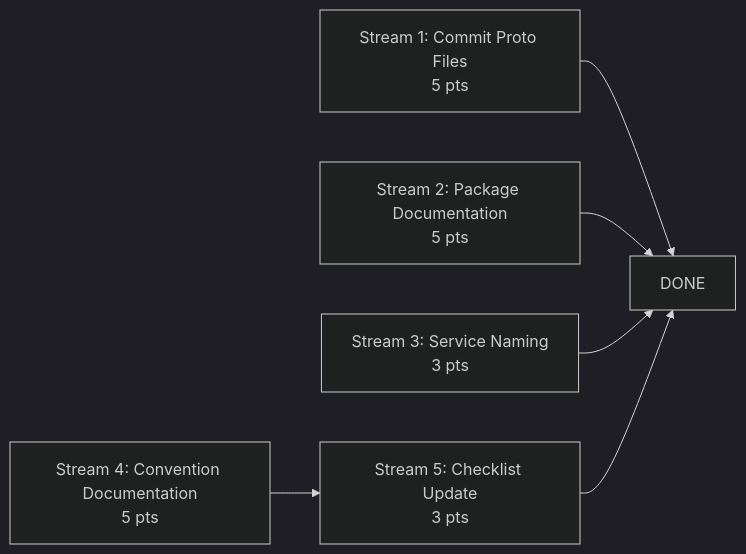
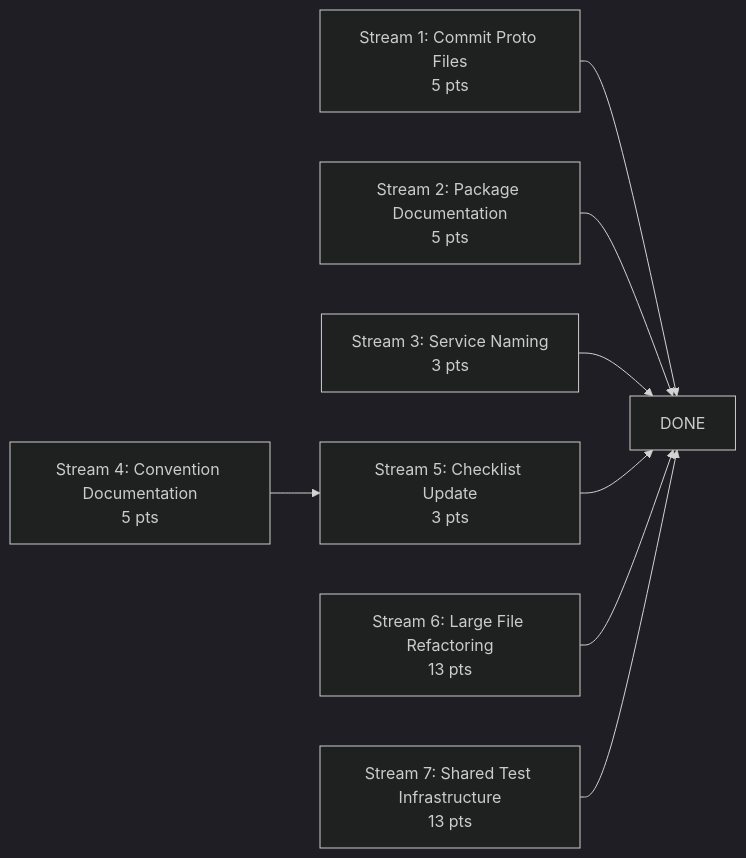
Before and after one commit to meridianhub/meridian: the diagram in docs/prd/049-codebase-consistency.md, drawn with Mermaid (dark theme). The commit also changed other lines of this file, not shown here.

First line of the commit message:
feat: add Stream 6 (large file refactoring) and Stream 7 (shared test infrastructure)

````diff
--- a/docs/prd/049-codebase-consistency.md
+++ b/docs/prd/049-codebase-consistency.md
@@ -62,8 +61,10 @@
 ```mermaid
 graph LR
     S1["Stream 1: Commit Proto Files<br/>5 pts"] --> DONE
     S2["Stream 2: Package Documentation<br/>5 pts"] --> DONE
     S3["Stream 3: Service Naming<br/>3 pts"] --> DONE
     S4["Stream 4: Convention Documentation<br/>5 pts"] --> S5
     S5["Stream 5: Checklist Update<br/>3 pts"] --> DONE
+    S6["Stream 6: Large File Refactoring<br/>13 pts"] --> DONE
+    S7["Stream 7: Shared Test Infrastructure<br/>13 pts"] --> DONE
 ```
````
